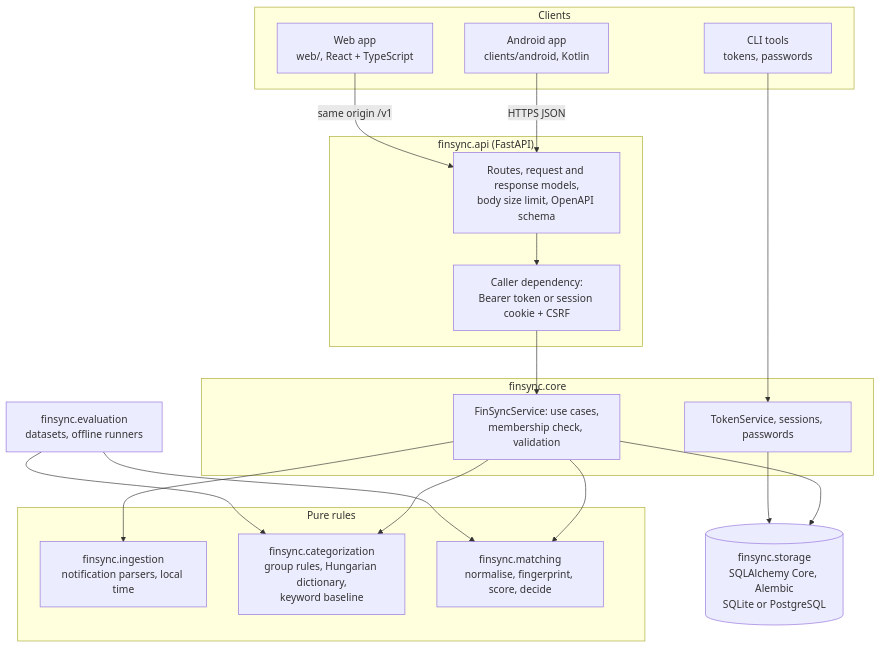
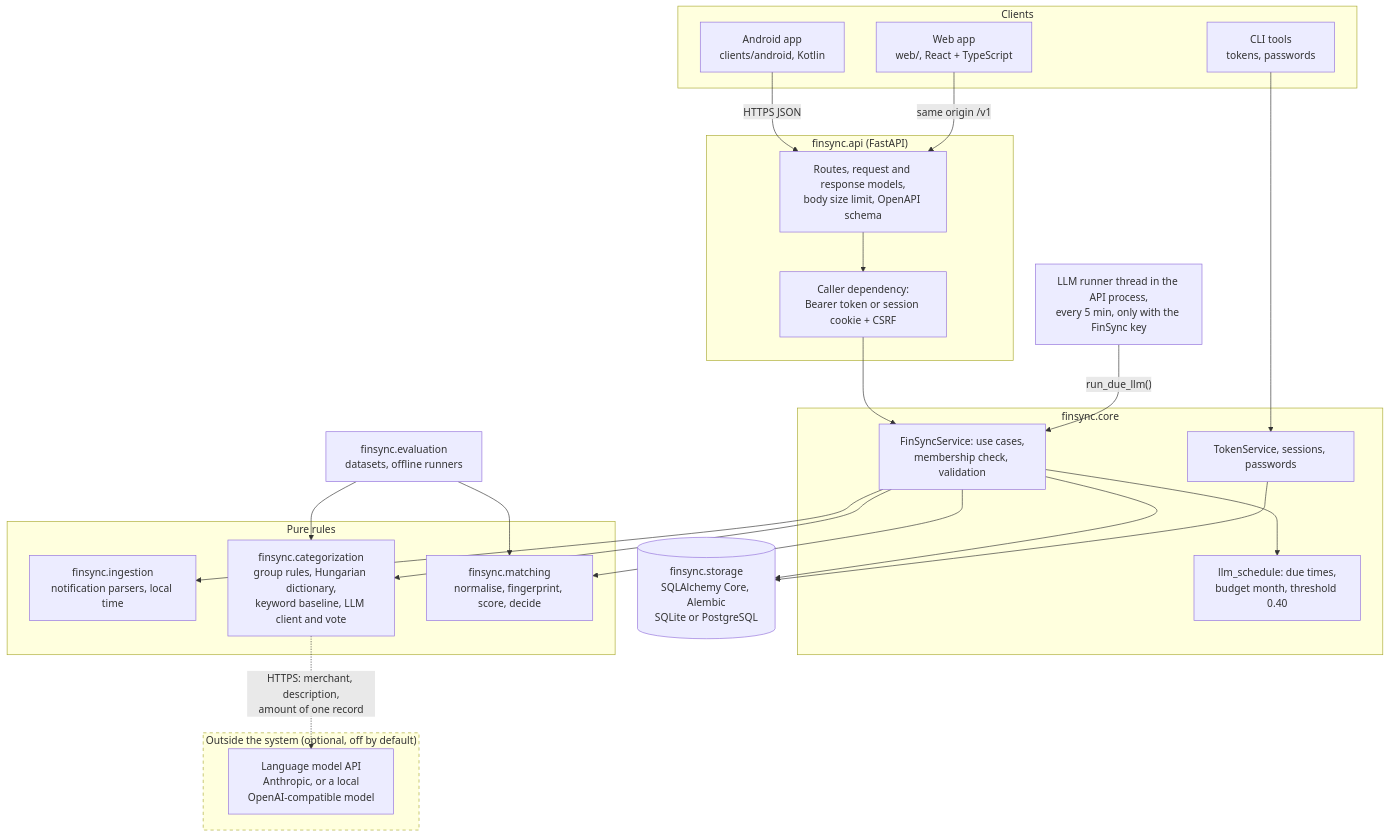
The sixth of 7 diagrams in docs/architecture/design-views.md (h270445/FinSync), drawn with Mermaid before and after one commit. The commit also changed other lines of this file, not shown here.

First line of the commit message:
Design views in step with the category correction and the live LLM flow

````diff
--- a/docs/architecture/design-views.md
+++ b/docs/architecture/design-views.md
@@ -184,32 +232,43 @@
 ```mermaid
 flowchart TB
     subgraph Clients
         AND[Android app<br/>clients/android, Kotlin]
         WEB[Web app<br/>web/, React + TypeScript]
         CLI[CLI tools<br/>tokens, passwords]
     end
     subgraph API["finsync.api (FastAPI)"]
         R[Routes, request and response models,<br/>body size limit, OpenAPI schema]
         AUTH[Caller dependency:<br/>Bearer token or session cookie + CSRF]
     end
     subgraph CORE["finsync.core"]
         SVC[FinSyncService: use cases,<br/>membership check, validation]
         TOK[TokenService, sessions, passwords]
+        SCH[llm_schedule: due times,<br/>budget month, threshold 0.40]
     end
+    RUN[LLM runner thread in the API process,<br/>every 5 min, only with the FinSync key]
     subgraph DOMAIN[Pure rules]
         ING[finsync.ingestion<br/>notification parsers, local time]
-        CAT[finsync.categorization<br/>group rules, Hungarian dictionary,<br/>keyword baseline]
+        CAT[finsync.categorization<br/>group rules, Hungarian dictionary,<br/>keyword baseline, LLM client and vote]
         MAT[finsync.matching<br/>normalise, fingerprint, score, decide]
     end
     STO[(finsync.storage<br/>SQLAlchemy Core, Alembic<br/>SQLite or PostgreSQL)]
     EVAL[finsync.evaluation<br/>datasets, offline runners]
+    subgraph OUT["Outside the system (optional, off by default)"]
+        LLMAPI[Language model API<br/>Anthropic, or a local<br/>OpenAI-compatible model]
+    end
 
     AND -- HTTPS JSON --> R
     WEB -- same origin /v1 --> R
     R --> AUTH --> SVC
     CLI --> TOK
     SVC --> ING & CAT & MAT
     SVC --> STO
     TOK --> STO
     EVAL --> MAT & CAT
+    SVC --> SCH
+    RUN -- "run_due_llm()" --> SVC
+    CAT -. "HTTPS: merchant, description,<br/>amount of one record" .-> LLMAPI
+
+    classDef outside stroke-dasharray: 5 5
+    class OUT outside
 ```
````
